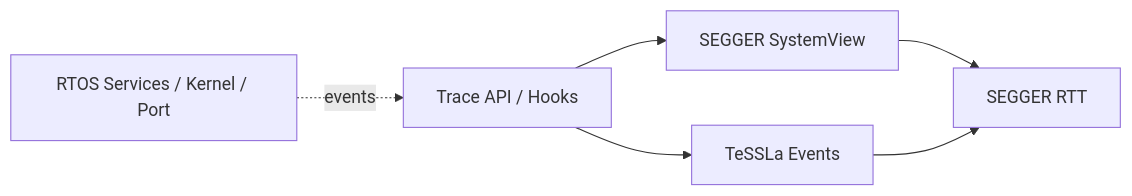
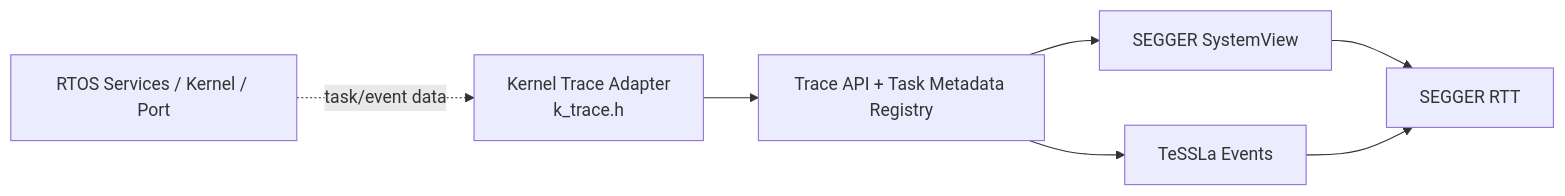
Before and after one commit to jerohavaz/RTOS: the sixth of 6 diagrams in ARCHITECTURE.md, drawn with Mermaid. The commit also changed other lines of this file and 12 other files, not shown here.

````diff
--- a/ARCHITECTURE.md
+++ b/ARCHITECTURE.md
@@ -238,19 +238,16 @@
 ```mermaid
 flowchart LR
     RTOS["RTOS Services / Kernel / Port"]
-
-    TRACE["Trace API / Hooks"]
-
+    ADAPT["Kernel Trace Adapter<br/>k_trace.h"]
+    TRACE["Trace API + Task Metadata Registry"]
     SV["SEGGER SystemView"]
     TS["TeSSLa Events"]
-
     RTT["SEGGER RTT"]
 
-    RTOS -. events .-> TRACE
-
+    RTOS -. task/event data .-> ADAPT
+    ADAPT --> TRACE
     TRACE --> SV
     TRACE --> TS
-
     SV --> RTT
     TS --> RTT
 ```
````
